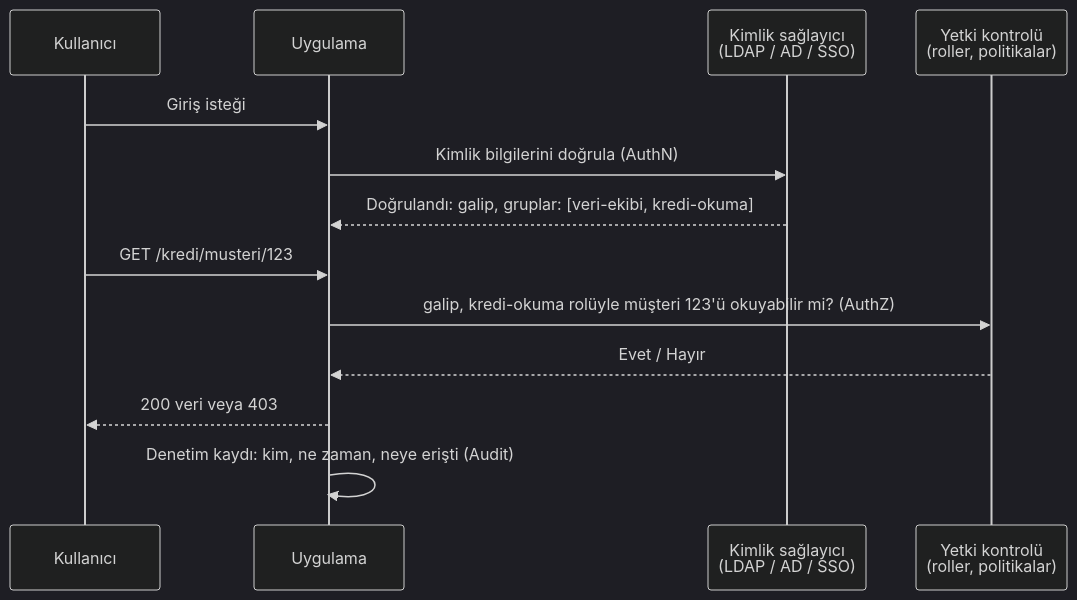
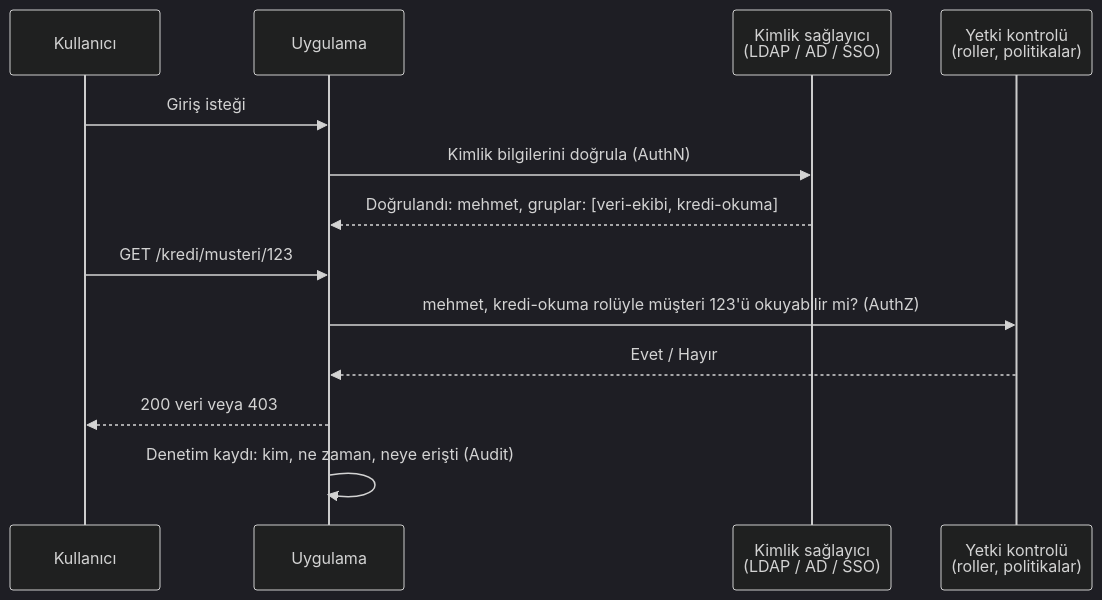
The diagram in docs/15-guvenlik/01-authn-authz.md (GalipSoken/atlas), drawn with Mermaid (dark theme) before and after one commit. The commit also changed other lines of this file and 36 other files, not shown here.

First line of the commit message:
Veri modelleme (12.6–12.7), model riski ve açıklanabilirlik (13.13–13.14); örnek ad Mehmet Türk; tutarsızlık düzeltmeleri

````diff
--- a/docs/15-guvenlik/01-authn-authz.md
+++ b/docs/15-guvenlik/01-authn-authz.md
@@ -22,15 +22,15 @@
 ```mermaid
 sequenceDiagram
     participant U as Kullanıcı
     participant A as Uygulama
     participant IdP as Kimlik sağlayıcı<br/>(LDAP / AD / SSO)
     participant P as Yetki kontrolü<br/>(roller, politikalar)
     U->>A: Giriş isteği
     A->>IdP: Kimlik bilgilerini doğrula (AuthN)
-    IdP-->>A: Doğrulandı: galip, gruplar: [veri-ekibi, kredi-okuma]
+    IdP-->>A: Doğrulandı: mehmet, gruplar: [veri-ekibi, kredi-okuma]
     U->>A: GET /kredi/musteri/123
-    A->>P: galip, kredi-okuma rolüyle müşteri 123'ü okuyabilir mi? (AuthZ)
+    A->>P: mehmet, kredi-okuma rolüyle müşteri 123'ü okuyabilir mi? (AuthZ)
     P-->>A: Evet / Hayır
     A-->>U: 200 veri veya 403
     A->>A: Denetim kaydı: kim, ne zaman, neye erişti (Audit)
 ```
````
